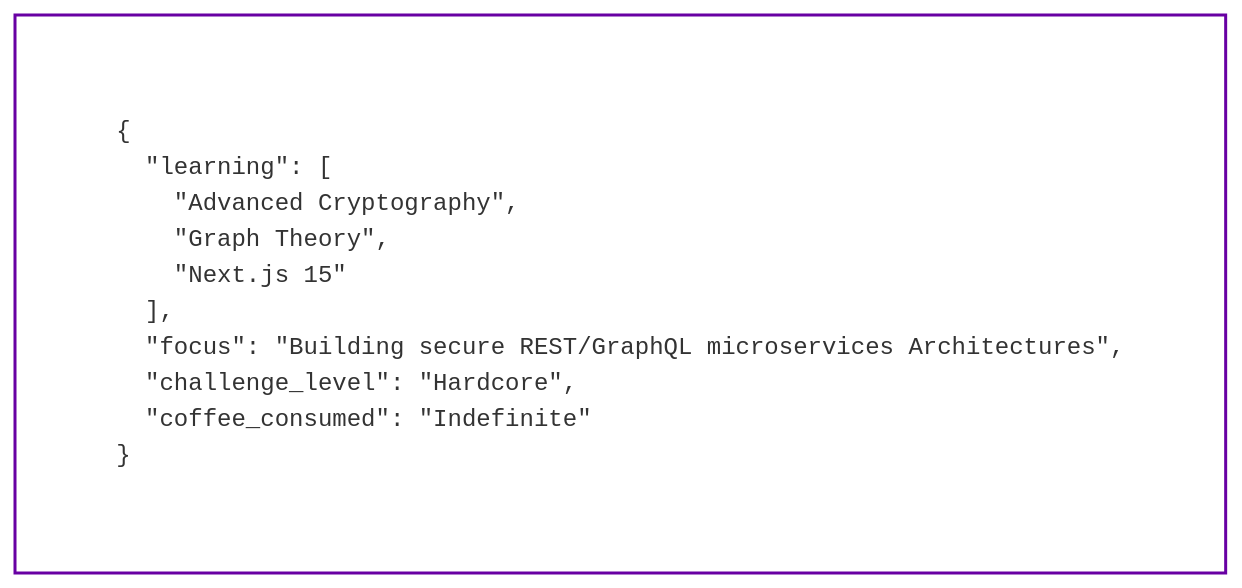
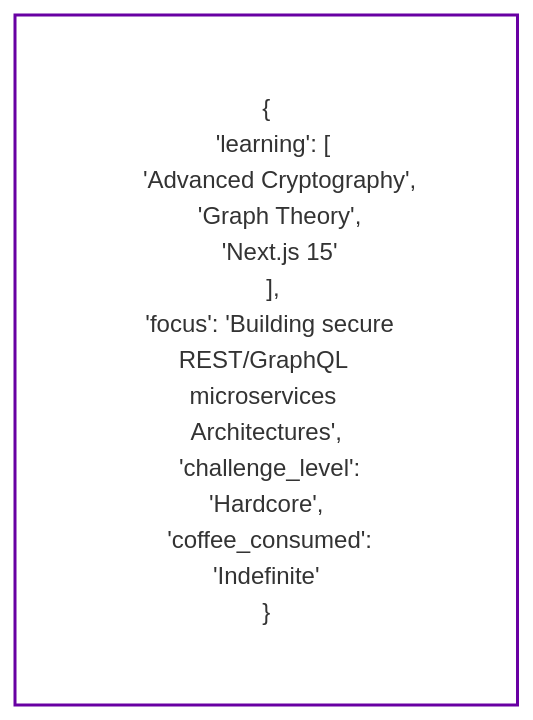
The diagram in README.md (thaissec/thaissec), drawn with Mermaid before and after one commit. The commit also changed other lines of this file, not shown here.

````diff
--- a/README.md
+++ b/README.md
@@ -103,9 +103,18 @@
 ```mermaid
 %%{init: { 'theme': 'base', 'themeVariables': { 'background': 'transparent', 'primaryColor': 'transparent', 'lineColor': '#6800a3' }}}%%
 graph TB
-    subgraph ST[SYSTEM OBJECTIVES]
-        text["<pre style='color:#6800a3; font-family: monospace; text-align: left;'>{<br>  &quot;learning&quot;: [<br>    &quot;Advanced Cryptography&quot;,<br>    &quot;Graph Theory&quot;,<br>    &quot;Next.js 15&quot;<br>  ],<br>  &quot;focus&quot;: &quot;Building secure REST/GraphQL microservices Architectures&quot;,<br>  &quot;challenge_level&quot;: &quot;Hardcore&quot;,<br>  &quot;coffee_consumed&quot;: &quot;Indefinite&quot;<br>}</pre>"]
+    subgraph ST["SYSTEM OBJECTIVES"]
+        text["{
+  'learning': [
+    'Advanced Cryptography',
+    'Graph Theory',
+    'Next.js 15'
+  ],
+  'focus': 'Building secure REST/GraphQL microservices Architectures',
+  'challenge_level': 'Hardcore',
+  'coffee_consumed': 'Indefinite'
+}"]
     end
     style ST fill:transparent,stroke:#6800a3,stroke-width:2px
     style text fill:transparent,stroke:none
 ```
````
